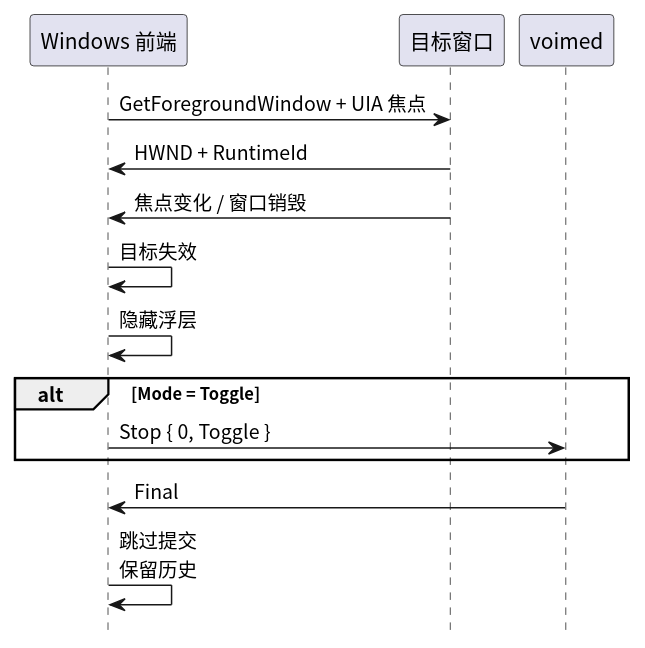
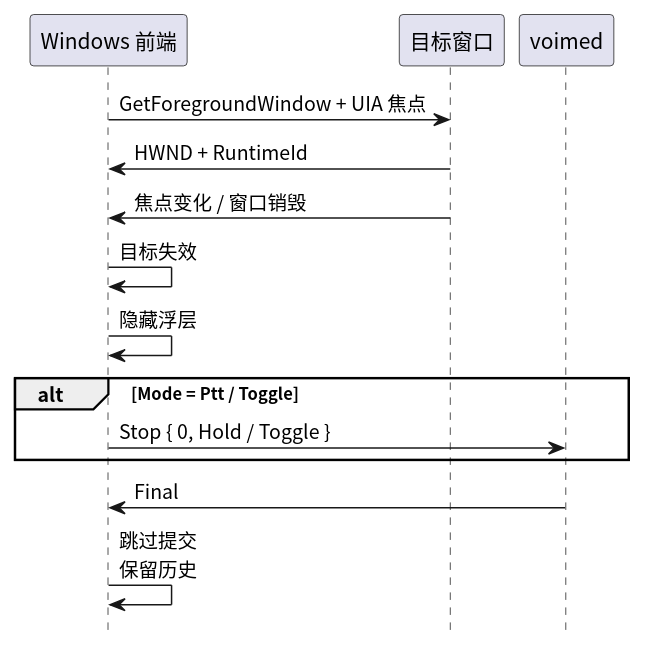
The diagram in frontends/windows/diagram/target-loss.puml (54m43lJ/voime), drawn with PlantUML before and after one commit. The commit also changed 39 other files, not shown here.

```diff
--- a/frontends/windows/diagram/target-loss.puml
+++ b/frontends/windows/diagram/target-loss.puml
@@ -1,21 +1,21 @@
 @startuml
 skinparam defaultFontName "Noto Sans CJK SC"
 skinparam shadowing false
 hide footbox
 
 participant "Windows 前端" as Frontend
 participant "目标窗口" as App
 participant "voimed" as Daemon
 
 Frontend -> App : GetForegroundWindow + UIA 焦点
 App -> Frontend : HWND + RuntimeId
 
 App -> Frontend : 焦点变化 / 窗口销毁
 Frontend -> Frontend : 目标失效
 Frontend -> Frontend : 隐藏浮层
-alt Mode = Toggle
-  Frontend -> Daemon : Stop { 0, Toggle }
+alt Mode = Ptt / Toggle
+  Frontend -> Daemon : Stop { 0, Hold / Toggle }
 end
 Daemon -> Frontend : Final
 Frontend -> Frontend : 跳过提交\n保留历史
 @enduml
```
